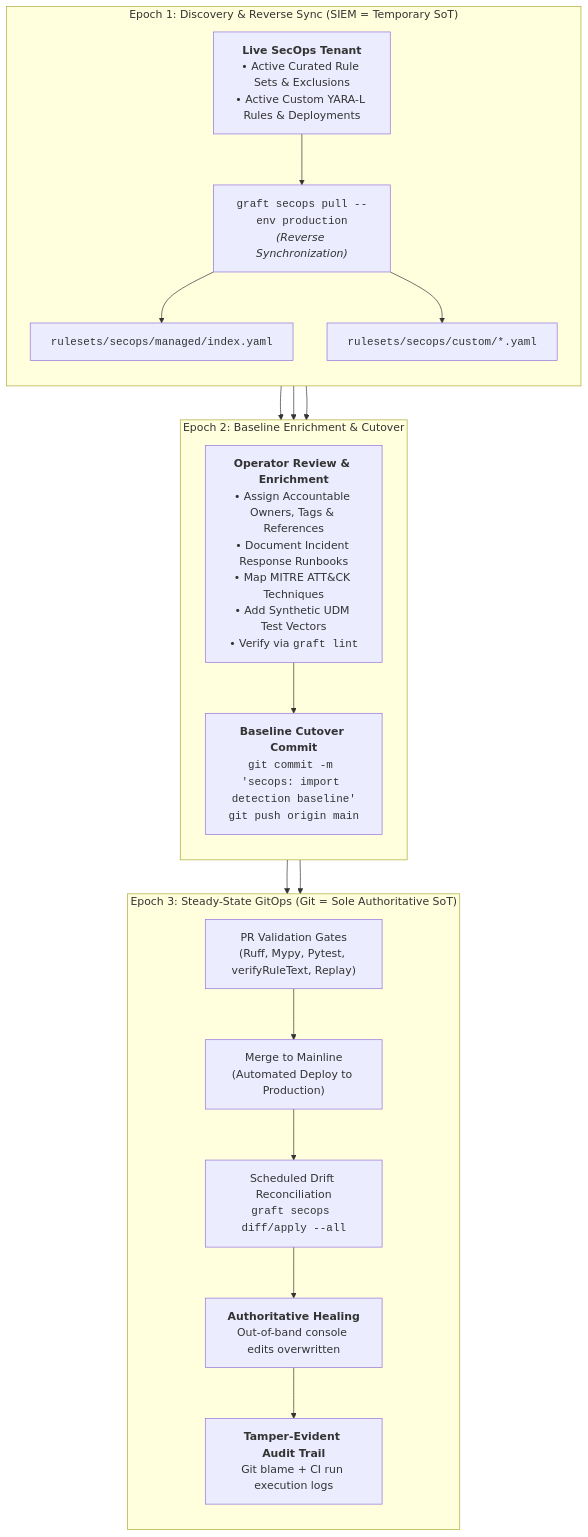
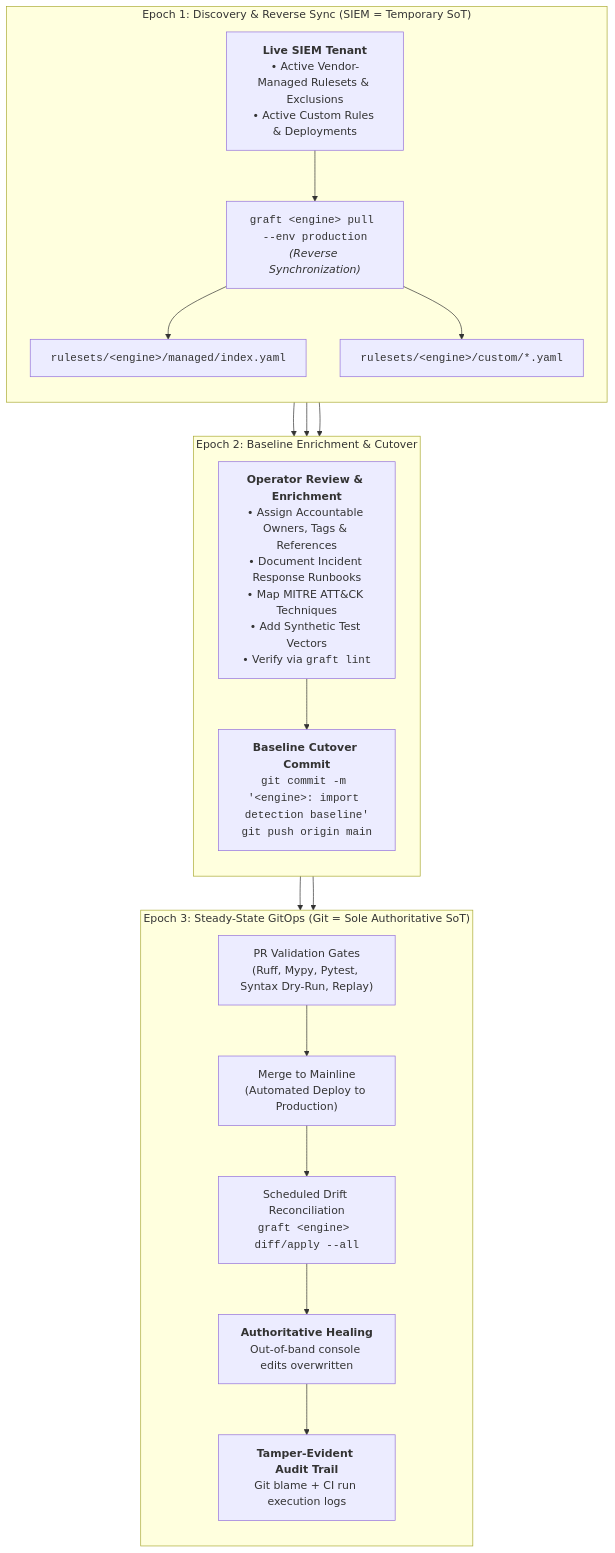
One commit to lopes/graft changed the first of 2 diagrams in docs/operators/adoption.md. Above: the diagram before and after it, drawn with Mermaid. The commit also changed other lines of this file and 37 other files, not shown here.

````diff
--- a/docs/operators/adoption.md
+++ b/docs/operators/adoption.md
@@ -23,37 +23,37 @@
 ```mermaid
 flowchart TD
     subgraph E1["Epoch 1: Discovery & Reverse Sync (SIEM = Temporary SoT)"]
         direction TB
-        SIEM["<b>Live SecOps Tenant</b><br/>• Active Curated Rule Sets & Exclusions<br/>• Active Custom YARA-L Rules & Deployments"]
-        PULL["<code>graft secops pull --env production</code><br/><i>(Reverse Synchronization)</i>"]
+        SIEM["<b>Live SIEM Tenant</b><br/>• Active Vendor-Managed Rulesets & Exclusions<br/>• Active Custom Rules & Deployments"]
+        PULL["<code>graft &lt;engine&gt; pull --env production</code><br/><i>(Reverse Synchronization)</i>"]
         SIEM --> PULL
-        PULL --> MAN["<code>rulesets/secops/managed/index.yaml</code>"]
-        PULL --> CUST["<code>rulesets/secops/custom/*.yaml</code>"]
+        PULL --> MAN["<code>rulesets/&lt;engine&gt;/managed/index.yaml</code>"]
+        PULL --> CUST["<code>rulesets/&lt;engine&gt;/custom/*.yaml</code>"]
     end
 
     subgraph E2["Epoch 2: Baseline Enrichment & Cutover"]
         direction TB
-        ENRICH["<b>Operator Review & Enrichment</b><br/>• Assign Accountable Owners, Tags & References<br/>• Document Incident Response Runbooks<br/>• Map MITRE ATT&CK Techniques<br/>• Add Synthetic UDM Test Vectors<br/>• Verify via <code>graft lint</code>"]
-        COMMIT["<b>Baseline Cutover Commit</b><br/><code>git commit -m 'secops: import detection baseline'</code><br/><code>git push origin main</code>"]
+        ENRICH["<b>Operator Review & Enrichment</b><br/>• Assign Accountable Owners, Tags & References<br/>• Document Incident Response Runbooks<br/>• Map MITRE ATT&CK Techniques<br/>• Add Synthetic Test Vectors<br/>• Verify via <code>graft lint</code>"]
+        COMMIT["<b>Baseline Cutover Commit</b><br/><code>git commit -m '&lt;engine&gt;: import detection baseline'</code><br/><code>git push origin main</code>"]
         MAN --> ENRICH
         CUST --> ENRICH
         ENRICH --> COMMIT
     end
 
     subgraph E3["Epoch 3: Steady-State GitOps (Git = Sole Authoritative SoT)"]
         direction TB
-        PR["PR Validation Gates<br/>(Ruff, Mypy, Pytest, verifyRuleText, Replay)"]
+        PR["PR Validation Gates<br/>(Ruff, Mypy, Pytest, Syntax Dry-Run, Replay)"]
         MERGE["Merge to Mainline<br/>(Automated Deploy to Production)"]
-        DRIFT["Scheduled Drift Reconciliation<br/><code>graft secops diff/apply --all</code>"]
+        DRIFT["Scheduled Drift Reconciliation<br/><code>graft &lt;engine&gt; diff/apply --all</code>"]
         OVERWRITE["<b>Authoritative Healing</b><br/>Out-of-band console edits overwritten"]
         AUDIT["<b>Tamper-Evident Audit Trail</b><br/>Git blame + CI run execution logs"]
 
         COMMIT --> PR
         PR --> MERGE
         MERGE --> DRIFT
         DRIFT --> OVERWRITE
         OVERWRITE --> AUDIT
     end
 
     E1 --> E2 --> E3
 ```
````
